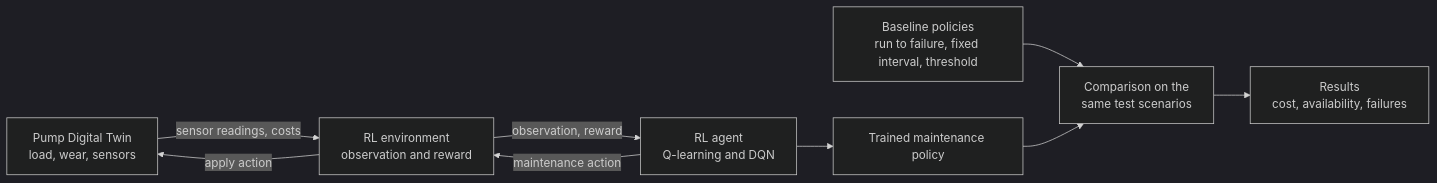
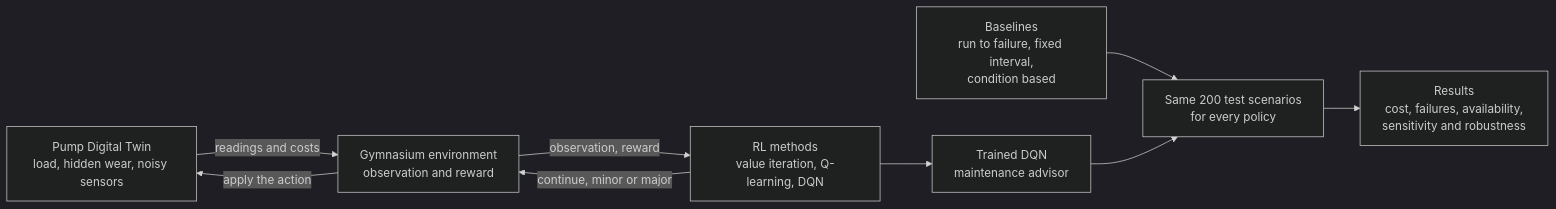
One commit to nishankchandoliya/pump-dt-rl-maintenance changed the first of 2 diagrams in README.md. Above: the diagram before and after it, drawn with Mermaid (dark theme). The commit also changed other lines of this file, not shown here.

````diff
--- a/README.md
+++ b/README.md
@@ -27,11 +11,11 @@
 ```mermaid
 flowchart LR
-    T["Pump Digital Twin<br/>load, wear, sensors"] -- "sensor readings, costs" --> E["RL environment<br/>observation and reward"]
-    E -- "observation, reward" --> A["RL agent<br/>Q-learning and DQN"]
-    A -- "maintenance action" --> E
-    E -- "apply action" --> T
-    A --> P["Trained maintenance policy"]
-    B["Baseline policies<br/>run to failure, fixed interval, threshold"] --> C["Comparison on the<br/>same test scenarios"]
+    T["Pump Digital Twin<br/>load, hidden wear, noisy sensors"] -- "readings and costs" --> E["Gymnasium environment<br/>observation and reward"]
+    E -- "observation, reward" --> A["RL methods<br/>value iteration, Q-learning, DQN"]
+    A -- "continue, minor or major" --> E
+    E -- "apply the action" --> T
+    A --> P["Trained DQN<br/>maintenance advisor"]
+    B["Baselines<br/>run to failure, fixed interval,<br/>condition based"] --> C["Same 200 test scenarios<br/>for every policy"]
     P --> C
-    C --> R["Results<br/>cost, availability, failures"]
+    C --> R["Results<br/>cost, failures, availability,<br/>sensitivity and robustness"]
 ```
````
